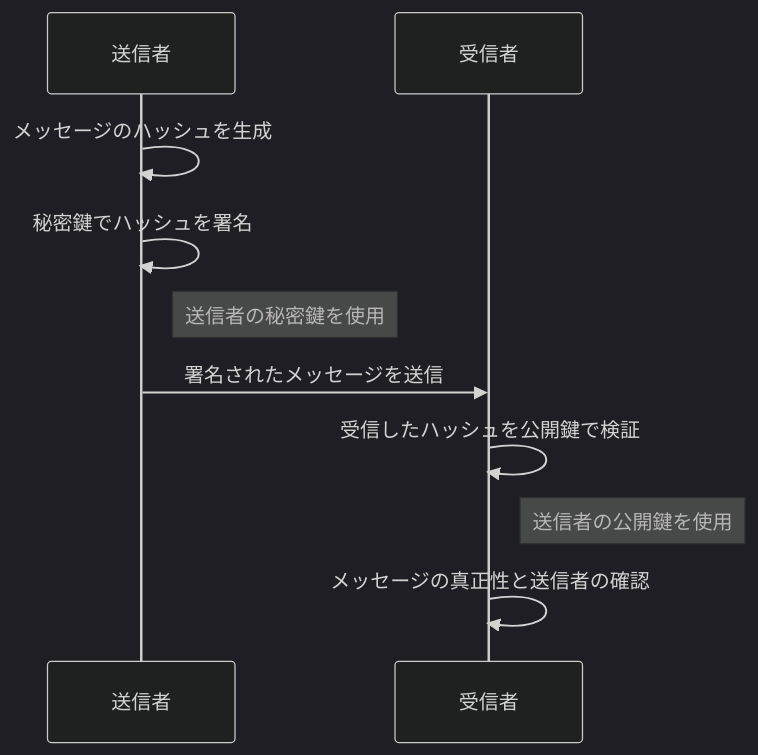
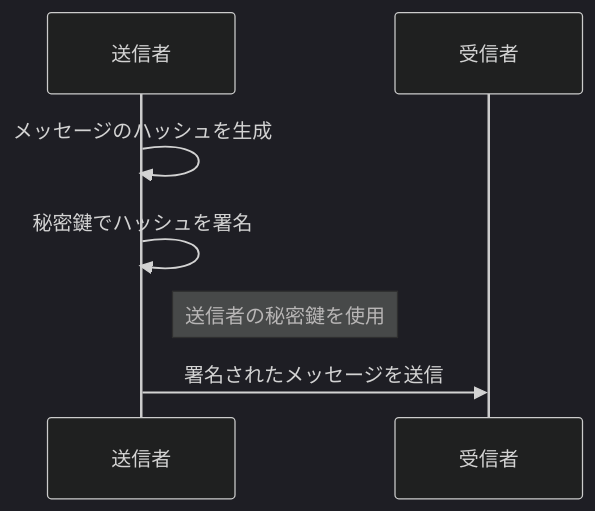
The fifth of 6 diagrams in EncryptionAndDigitalSignatures.md (shuji-bonji/Notes-about-Digital-Signatures-and-Timestamps), drawn with Mermaid (dark theme) before and after one commit. The commit also changed other lines of this file and 2 other files, not shown here.

````diff
--- a/EncryptionAndDigitalSignatures.md
+++ b/EncryptionAndDigitalSignatures.md
@@ -177,12 +180,9 @@
 ```mermaid
 sequenceDiagram
     participant Sender as 送信者
     participant Receiver as 受信者
     Sender->>Sender: メッセージのハッシュを生成
     Sender->>Sender: 秘密鍵でハッシュを署名
     Note right of Sender: 送信者の秘密鍵を使用
     Sender->>Receiver: 署名されたメッセージを送信
-    Receiver->>Receiver: 受信したハッシュを公開鍵で検証
-    Note right of Receiver: 送信者の公開鍵を使用
-    Receiver->>Receiver: メッセージの真正性と送信者の確認
 ```
````
